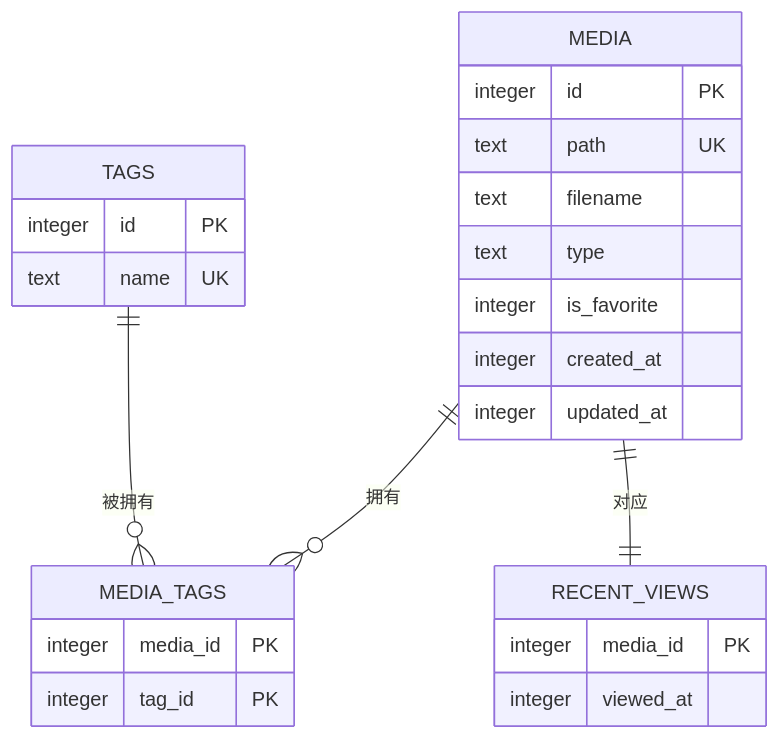
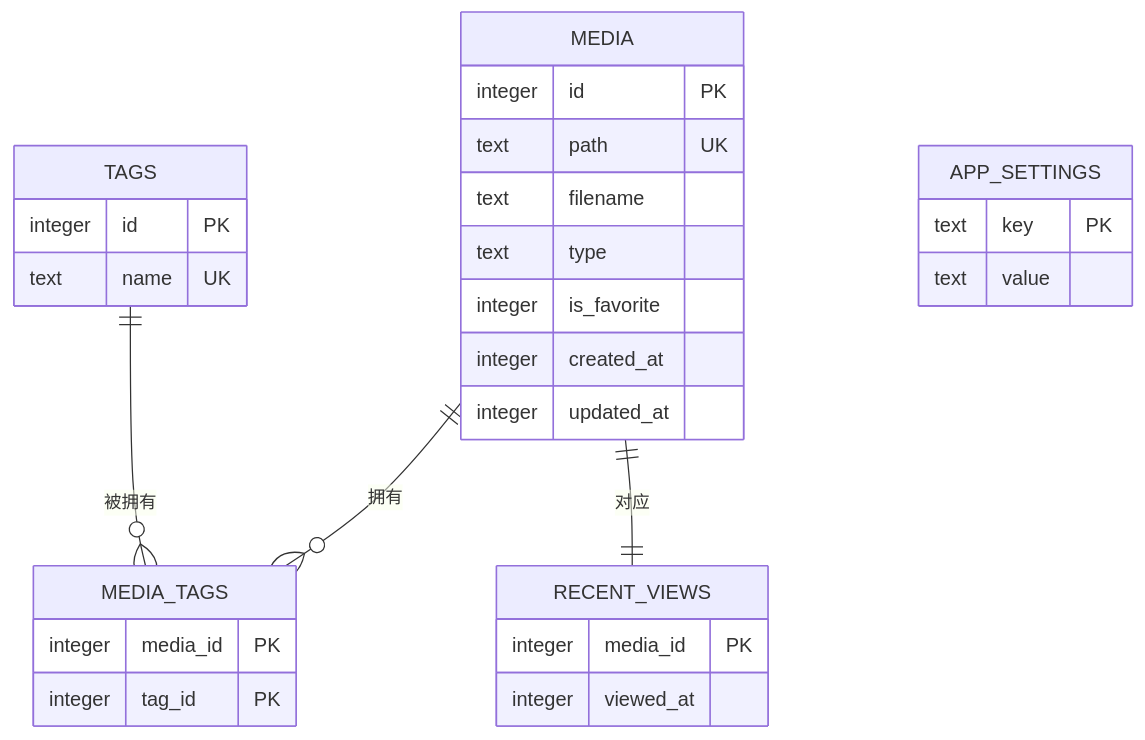
One commit to YLee9527/Medex changed the third of 6 diagrams in doc/repowiki/zh/content/后端开发/数据库设计.md. Above: the diagram before and after it, drawn with Mermaid. The commit also changed other lines of this file and 31 other files, not shown here.

First line of the commit message:
docs(doc): 添加部署脚本、锁屏功能、发布指南及设置按钮图标文档

````diff
--- a/doc/repowiki/zh/content/后端开发/数据库设计.md
+++ b/doc/repowiki/zh/content/后端开发/数据库设计.md
@@ -135,27 +162,31 @@
 ```mermaid
 erDiagram
 MEDIA {
 integer id PK
 text path UK
 text filename
 text type
 integer is_favorite
 integer created_at
 integer updated_at
 }
 TAGS {
 integer id PK
 text name UK
 }
 MEDIA_TAGS {
 integer media_id PK
 integer tag_id PK
 }
 RECENT_VIEWS {
 integer media_id PK
 integer viewed_at
 }
+APP_SETTINGS {
+text key PK
+text value
+}
 MEDIA ||--o{ MEDIA_TAGS : "拥有"
 TAGS ||--o{ MEDIA_TAGS : "被拥有"
 MEDIA ||--|| RECENT_VIEWS : "对应"
 ```
````
